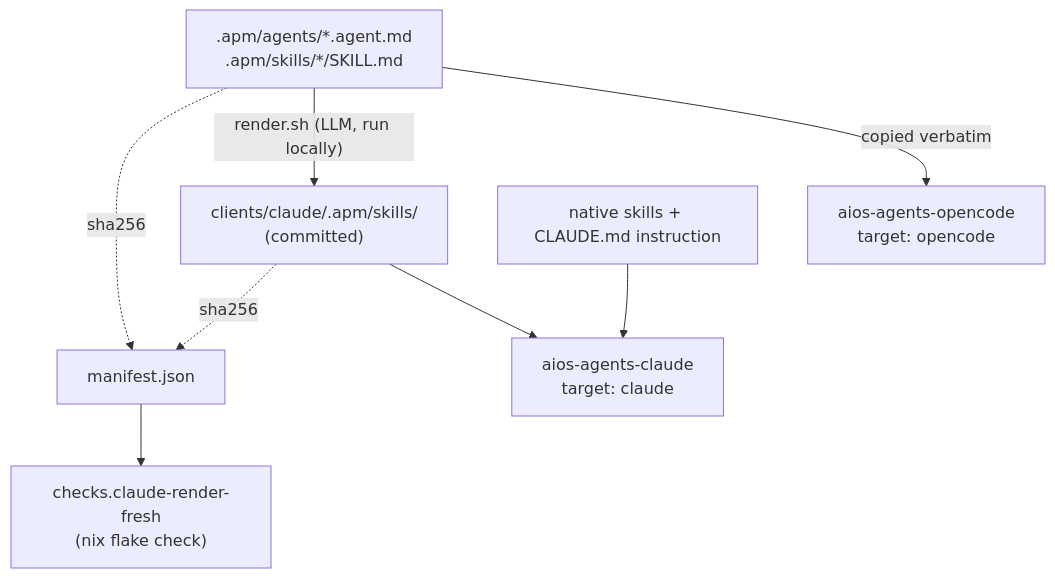
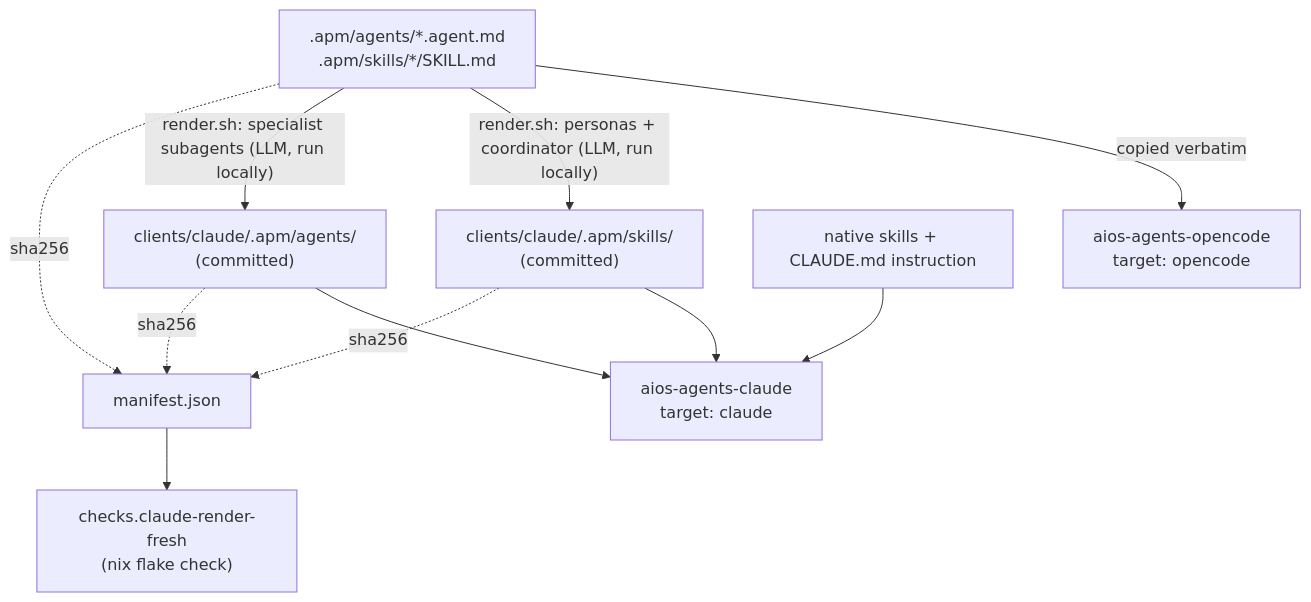
One commit to vansweej/agora changed the second of 3 diagrams in docs/architecture.md. Above: the diagram before and after it, drawn with Mermaid. The commit also changed other lines of this file and 3 other files, not shown here.

````diff
--- a/docs/architecture.md
+++ b/docs/architecture.md
@@ -69,11 +80,14 @@
 ```mermaid
 flowchart TB
   SRC[".apm/agents/*.agent.md<br/>.apm/skills/*/SKILL.md"]
   SRC -->|"copied verbatim"| OPKG["aios-agents-opencode<br/>target: opencode"]
-  SRC -->|"render.sh (LLM, run locally)"| GEN["clients/claude/.apm/skills/<br/>(committed)"]
+  SRC -->|"render.sh: personas + coordinator (LLM, run locally)"| GENSK["clients/claude/.apm/skills/<br/>(committed)"]
+  SRC -->|"render.sh: specialist subagents (LLM, run locally)"| GENAG["clients/claude/.apm/agents/<br/>(committed)"]
   NAT["native skills + CLAUDE.md instruction"] --> CPKG
-  GEN --> CPKG["aios-agents-claude<br/>target: claude"]
+  GENSK --> CPKG["aios-agents-claude<br/>target: claude"]
+  GENAG --> CPKG
   SRC -. "sha256" .-> MAN["manifest.json"]
-  GEN -. "sha256" .-> MAN
+  GENSK -. "sha256" .-> MAN
+  GENAG -. "sha256" .-> MAN
   MAN --> CHK["checks.claude-render-fresh<br/>(nix flake check)"]
 ```
````
